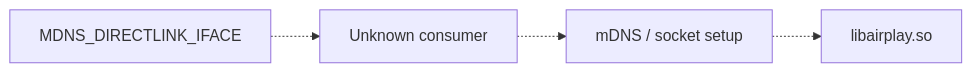
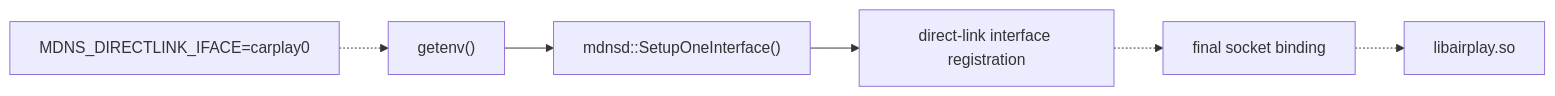
One commit to joeyQuery/MHI2-Wireless-CarPlay changed the eighth of 23 diagrams in docs/wireless-carplay-architecture.md. Above: the diagram before and after it, drawn with Mermaid. The commit also changed other lines of this file, not shown here.

Commit message:
docs: correct mDNS and AirPlay architecture diagrams

```diff
--- a/docs/wireless-carplay-architecture.md
+++ b/docs/wireless-carplay-architecture.md
@@ -293,11 +293,15 @@
 ~~~mermaid
 flowchart LR
-    ENV["MDNS_DIRECTLINK_IFACE"]
-    CONSUMER["Unknown consumer"]
-    SOCKET["mDNS / socket setup"]
+    CONFIG["MDNS_DIRECTLINK_IFACE=carplay0"]
+    MDNSD["mdnsd::SetupOneInterface()"]
+    ENV["getenv()"]
+    REGISTER["direct-link interface registration"]
+    SOCKET["final socket binding"]
     AIRPLAY["libairplay.so"]
 
-    ENV -.-> CONSUMER
-    CONSUMER -.-> SOCKET
+    CONFIG -.-> ENV
+    ENV --> MDNSD
+    MDNSD --> REGISTER
+    REGISTER -.-> SOCKET
     SOCKET -.-> AIRPLAY
 ~~~
```
